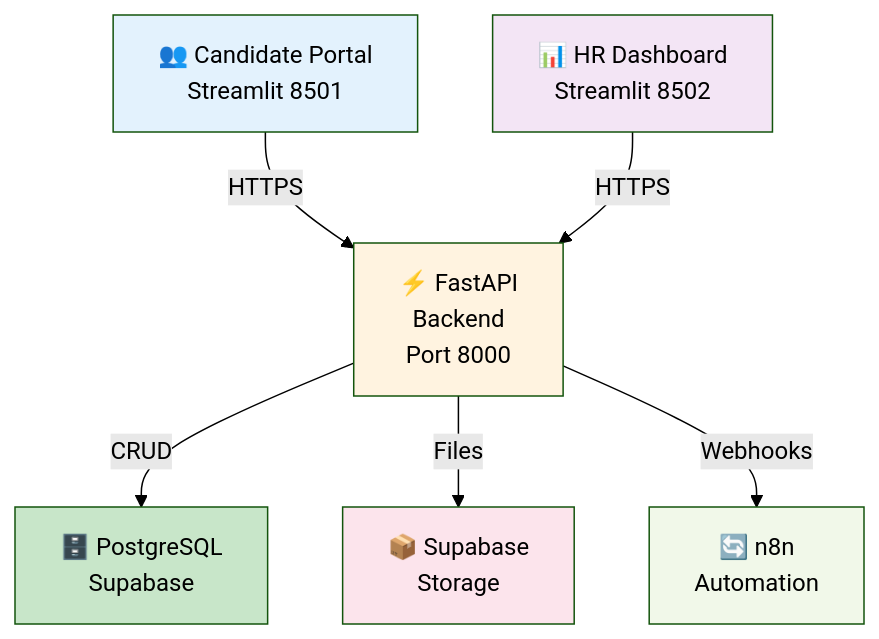
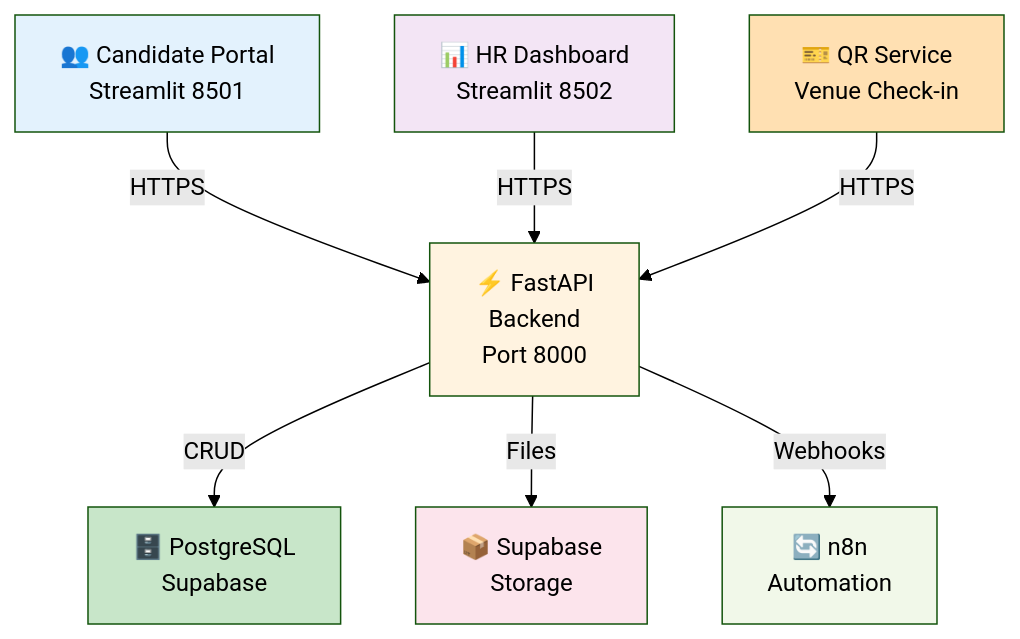
Before and after one commit to md-sahil-analyst22/test: the fourth of 15 diagrams in HR_Onboarding_Agent.md, drawn with Mermaid (forest theme). The commit also changed other lines of this file, not shown here.

````diff
--- a/HR_Onboarding_Agent.md
+++ b/HR_Onboarding_Agent.md
@@ -238,22 +272,25 @@
 ```mermaid
 graph TB
     CP["👥 Candidate Portal<br/>Streamlit 8501"]
     HP["📊 HR Dashboard<br/>Streamlit 8502"]
     API["⚡ FastAPI<br/>Backend<br/>Port 8000"]
+    QR["🎫 QR Service<br/>Venue Check-in"]
     DB["🗄️ PostgreSQL<br/>Supabase"]
     STORAGE["📦 Supabase<br/>Storage"]
     N8N["🔄 n8n<br/>Automation"]
     
     CP -->|HTTPS| API
     HP -->|HTTPS| API
+    QR -->|HTTPS| API
     API -->|CRUD| DB
     API -->|Files| STORAGE
     API -->|Webhooks| N8N
     
     style CP fill:#e3f2fd
     style HP fill:#f3e5f5
+    style QR fill:#ffe0b2
     style API fill:#fff3e0
     style DB fill:#c8e6c9
     style STORAGE fill:#fce4ec
     style N8N fill:#f1f8e9
 ```
````
